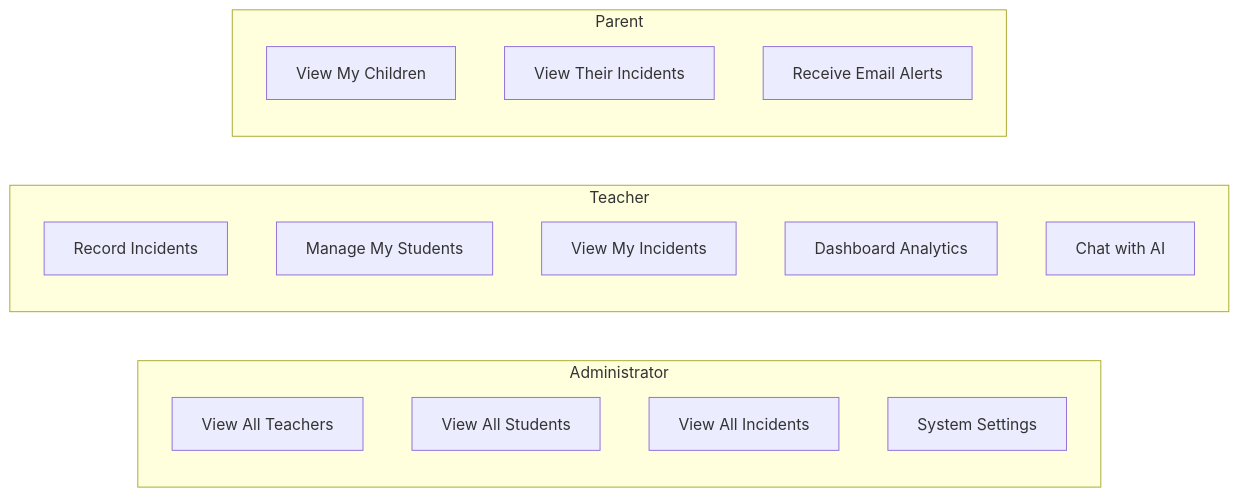
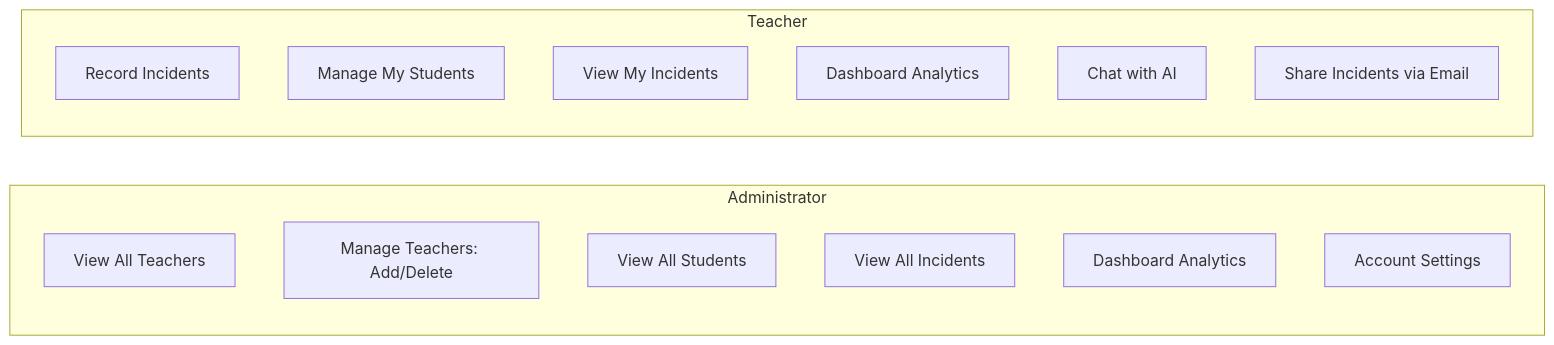
Before and after one commit to SALT-Lab-Human-AI/project-check-point-1-ABCapture: the fourth of 4 diagrams in app/docs/architecture.md, drawn with Mermaid. The commit also changed other lines of this file, not shown here.

Commit message:
corrected role-based access

````diff
--- a/app/docs/architecture.md
+++ b/app/docs/architecture.md
@@ -160,23 +159,20 @@
 ```mermaid
 graph LR
     subgraph Administrator
         A1[View All Teachers]
-        A2[View All Students]
-        A3[View All Incidents]
-        A4[System Settings]
+        A2[Manage Teachers: Add/Delete]
+        A3[View All Students]
+        A4[View All Incidents]
+        A5[Dashboard Analytics]
+        A6[Account Settings]
     end
     
     subgraph Teacher
         T1[Record Incidents]
         T2[Manage My Students]
         T3[View My Incidents]
         T4[Dashboard Analytics]
         T5[Chat with AI]
-    end
-    
-    subgraph Parent
-        P1[View My Children]
-        P2[View Their Incidents]
-        P3[Receive Email Alerts]
+        T6[Share Incidents via Email]
     end
 ```
````
